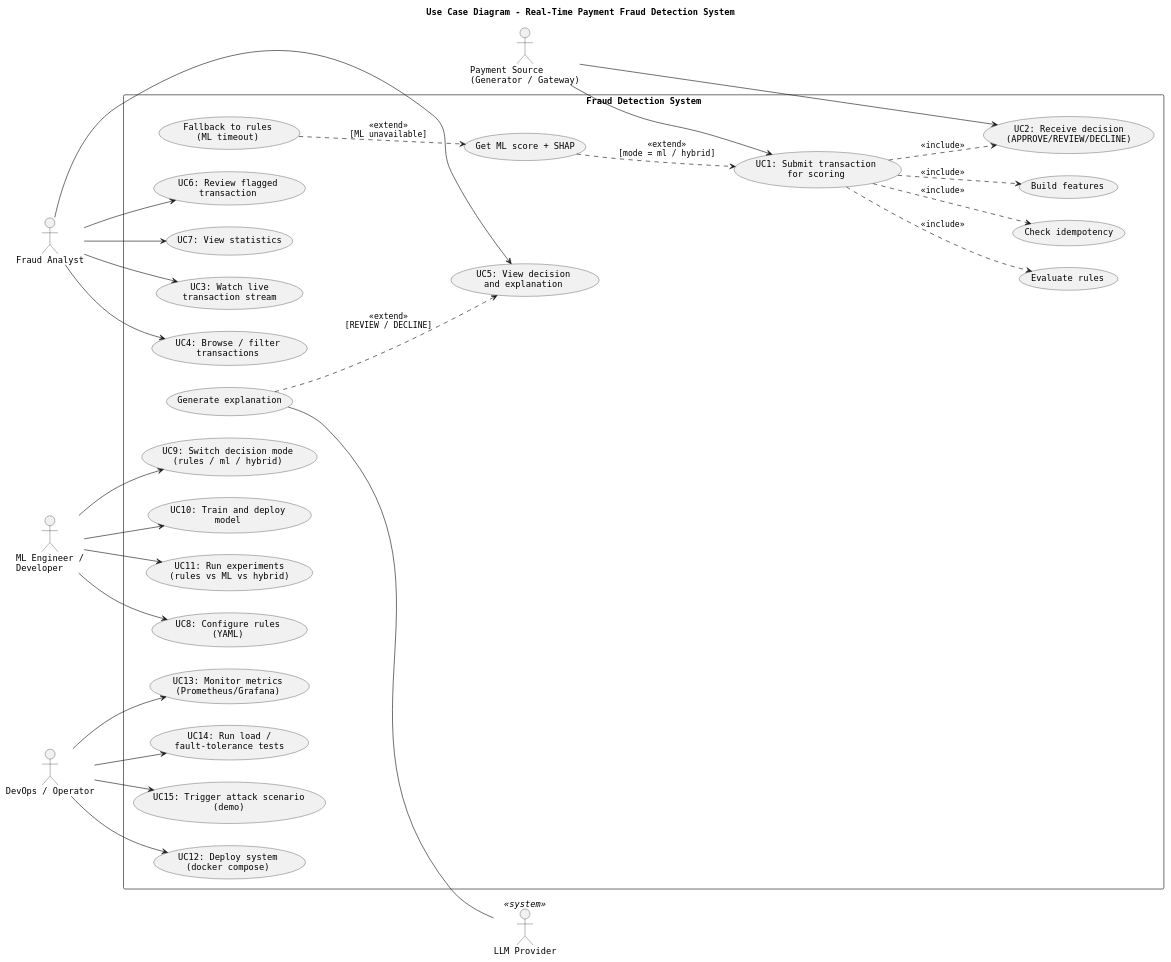
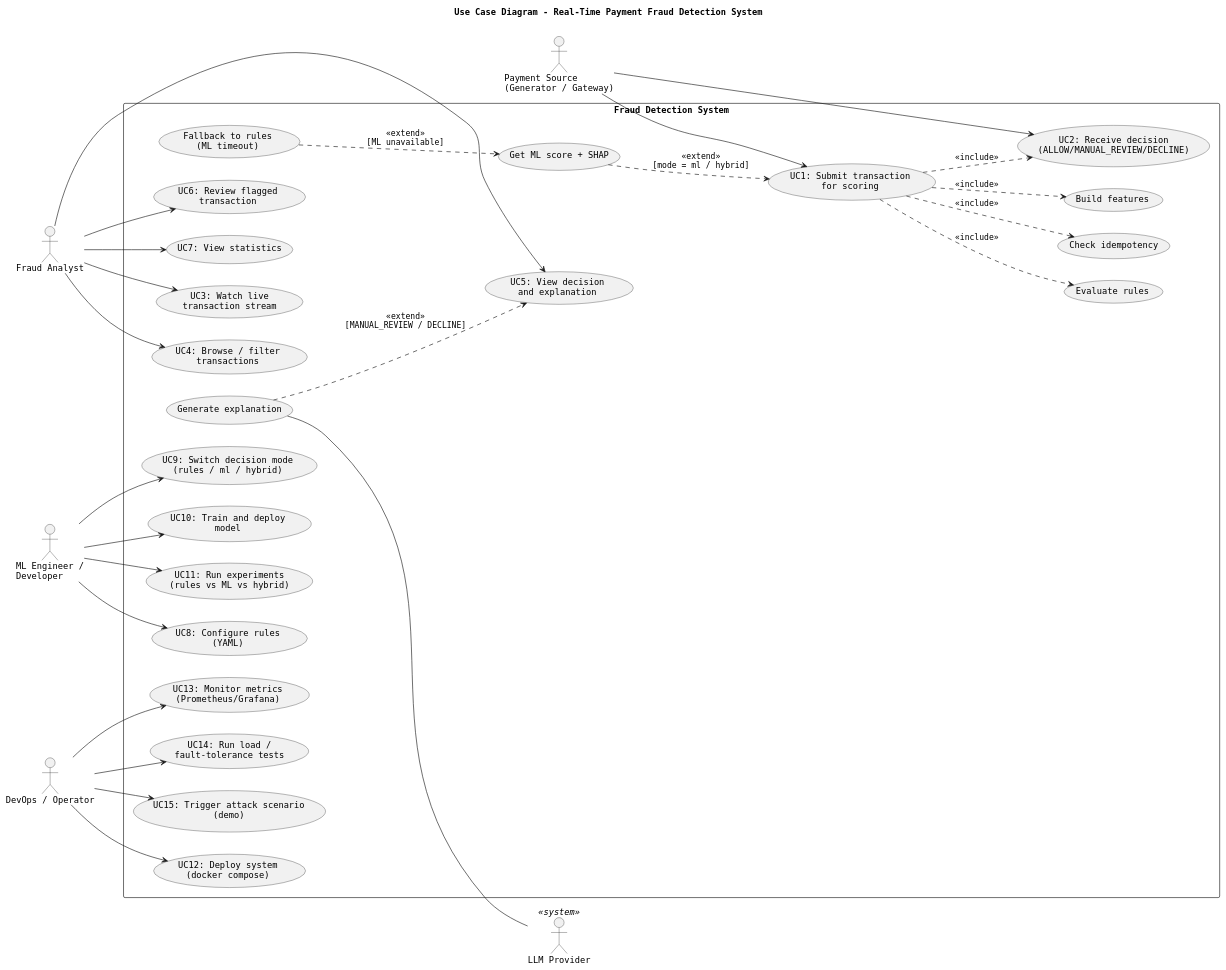
The diagram in architecture/02_use_case.puml (Akniyeet/payment-fraud-detection-system), drawn with PlantUML before and after one commit. The commit also changed 6 other files, not shown here.

```diff
--- a/architecture/02_use_case.puml
+++ b/architecture/02_use_case.puml
@@ -1,68 +1,68 @@
 @startuml 02_use_case
 title Use Case Diagram – Real-Time Payment Fraud Detection System
 left to right direction
 skinparam shadowing false
 skinparam defaultFontName Monospaced
 skinparam packageStyle rectangle
 
 actor "Payment Source\n(Generator / Gateway)" as src
 actor "Fraud Analyst" as analyst
 actor "ML Engineer /\nDeveloper" as dev
 actor "DevOps / Operator" as ops
 actor "LLM Provider" as llm <<system>>
 
 rectangle "Fraud Detection System" {
 
   usecase "UC1: Submit transaction\nfor scoring" as UC1
-  usecase "UC2: Receive decision\n(APPROVE/REVIEW/DECLINE)" as UC2
+  usecase "UC2: Receive decision\n(ALLOW/MANUAL_REVIEW/DECLINE)" as UC2
   usecase "Check idempotency" as UC1a
   usecase "Build features" as UC1b
   usecase "Evaluate rules" as UC1c
   usecase "Get ML score + SHAP" as UC1d
   usecase "Fallback to rules\n(ML timeout)" as UC1e
 
   usecase "UC3: Watch live\ntransaction stream" as UC3
   usecase "UC4: Browse / filter\ntransactions" as UC4
   usecase "UC5: View decision\nand explanation" as UC5
   usecase "UC6: Review flagged\ntransaction" as UC6
   usecase "UC7: View statistics" as UC7
   usecase "Generate explanation" as UC5a
 
   usecase "UC8: Configure rules\n(YAML)" as UC8
   usecase "UC9: Switch decision mode\n(rules / ml / hybrid)" as UC9
   usecase "UC10: Train and deploy\nmodel" as UC10
   usecase "UC11: Run experiments\n(rules vs ML vs hybrid)" as UC11
 
   usecase "UC12: Deploy system\n(docker compose)" as UC12
   usecase "UC13: Monitor metrics\n(Prometheus/Grafana)" as UC13
   usecase "UC14: Run load /\nfault-tolerance tests" as UC14
   usecase "UC15: Trigger attack scenario\n(demo)" as UC15
 }
 
 src --> UC1
 src --> UC2
 UC1 ..> UC1a : <<include>>
 UC1 ..> UC1b : <<include>>
 UC1 ..> UC1c : <<include>>
 UC1d ..> UC1 : <<extend>>\n[mode = ml / hybrid]
 UC1e ..> UC1d : <<extend>>\n[ML unavailable]
 UC1 ..> UC2 : <<include>>
 
 analyst --> UC3
 analyst --> UC4
 analyst --> UC5
 analyst --> UC6
 analyst --> UC7
-UC5a ..> UC5 : <<extend>>\n[REVIEW / DECLINE]
+UC5a ..> UC5 : <<extend>>\n[MANUAL_REVIEW / DECLINE]
 UC5a -- llm
 
 dev --> UC8
 dev --> UC9
 dev --> UC10
 dev --> UC11
 
 ops --> UC12
 ops --> UC13
 ops --> UC14
 ops --> UC15
 @enduml
```
